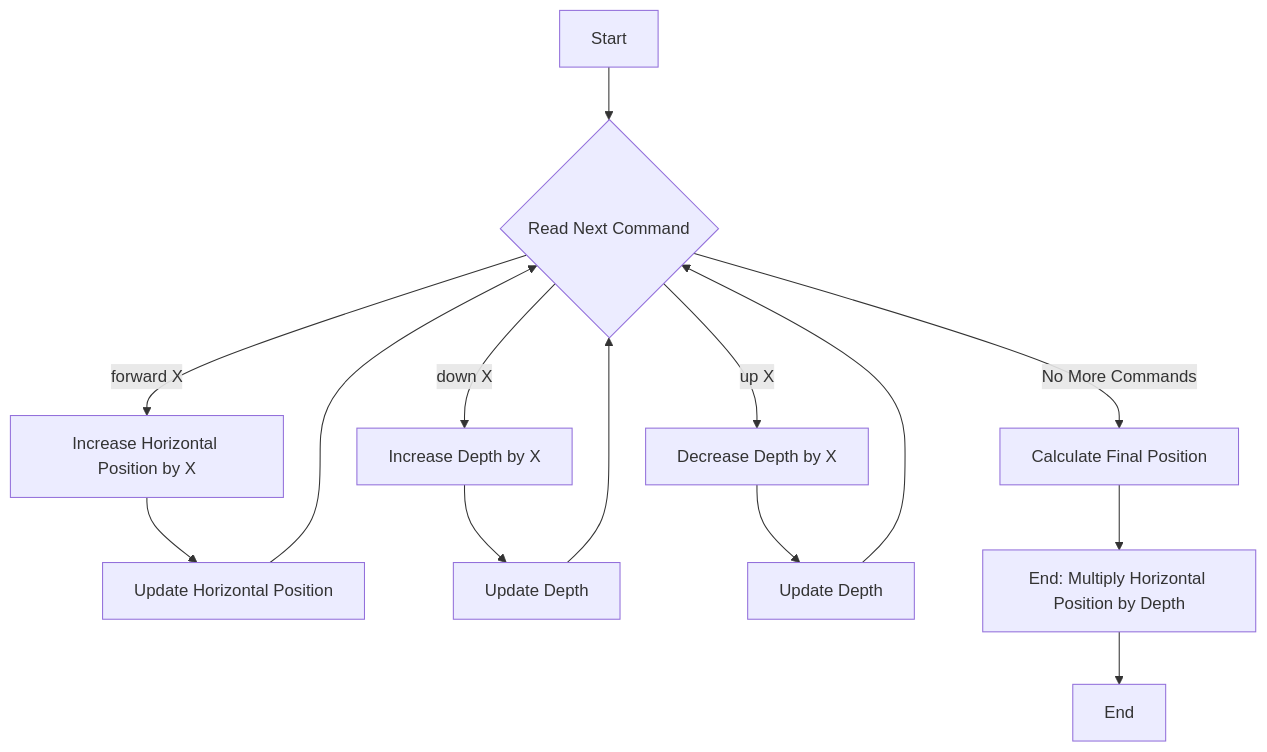
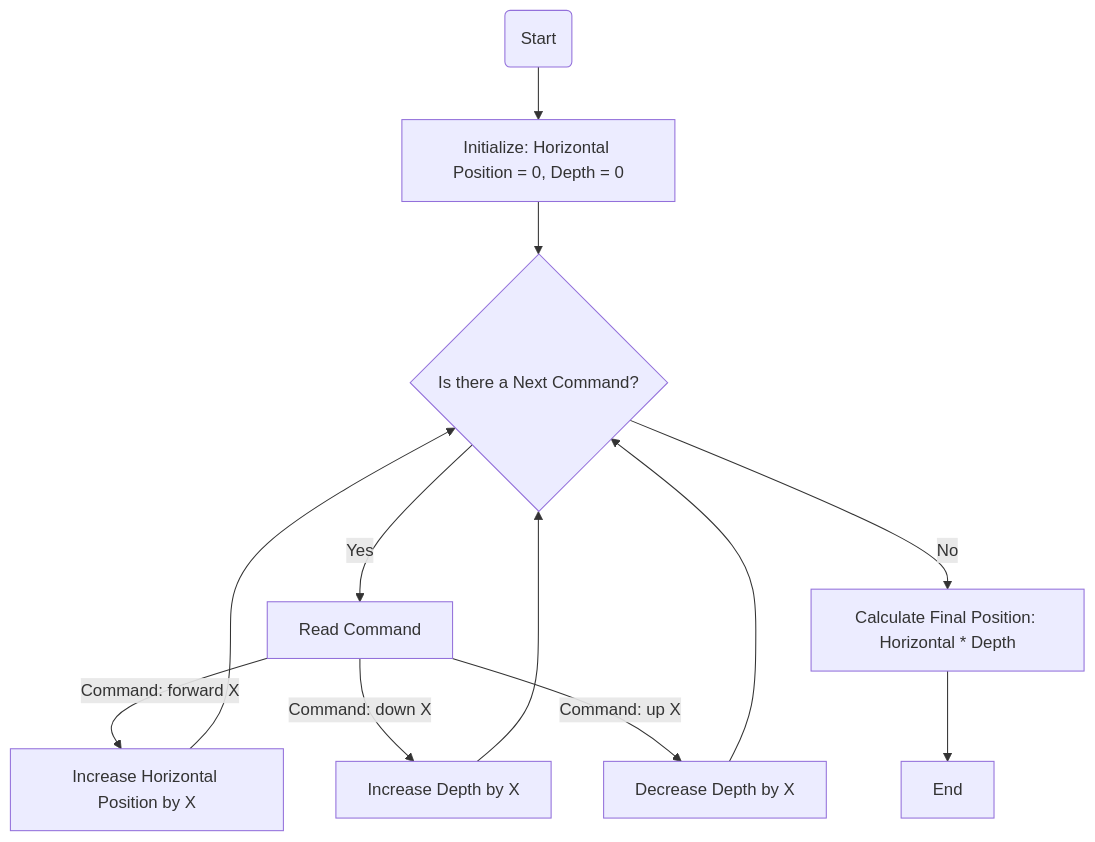
Before and after one commit to aztfmods/go-advents: the diagram in coordinates-dive/README.md, drawn with Mermaid.

Commit message:
add another one

````diff
--- a/coordinates-dive/README.md
+++ b/coordinates-dive/README.md
@@ -1,16 +1,14 @@
 ```mermaid
 graph TD
-    A[Start] --> B{Read Next Command}
-    B -->|forward X| C[Increase Horizontal Position by X]
-    B -->|down X| D[Increase Depth by X]
-    B -->|up X| E[Decrease Depth by X]
-    B -->|No More Commands| F[Calculate Final Position]
-    C --> G[Update Horizontal Position]
-    D --> H[Update Depth]
-    E --> I[Update Depth]
-    G --> B
-    H --> B
-    I --> B
-    F --> J[End: Multiply Horizontal Position by Depth]
-    J --> K[End]
+    A(Start) --> B[Initialize: Horizontal Position = 0, Depth = 0]
+    B --> C{Is there a Next Command?}
+    C -->|Yes| D[Read Command]
+    D -->|Command: forward X| E[Increase Horizontal Position by X]
+    D -->|Command: down X| F[Increase Depth by X]
+    D -->|Command: up X| G[Decrease Depth by X]
+    E --> C
+    F --> C
+    G --> C
+    C -->|No| H[Calculate Final Position: Horizontal * Depth]
+    H --> I[End]
 ```
````
